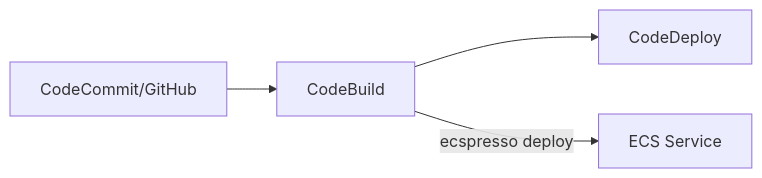
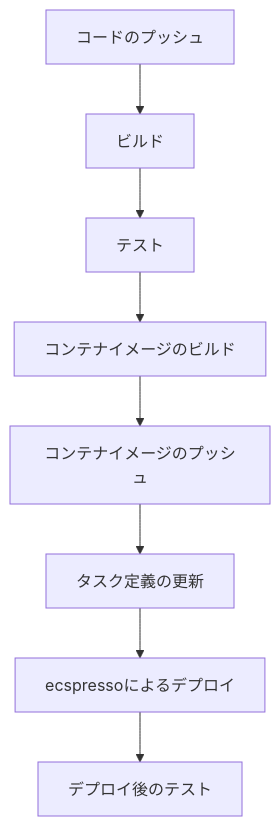
One commit to bufferings/devin-docs changed the diagram in ecspresso/practical/cicd.md. Above: the diagram before and after it, drawn with Mermaid. The commit also changed other lines of this file and 32 other files, not shown here.

````diff
--- a/ecspresso/practical/cicd.md
+++ b/ecspresso/practical/cicd.md
@@ -93,6 +16,10 @@
 ```mermaid
-graph LR
-    A[CodeCommit/GitHub] --> B[CodeBuild]
-    B --> C[CodeDeploy]
-    B -- ecspresso deploy --> D[ECS Service]
+graph TD
+    A[コードのプッシュ] --> B[ビルド]
+    B --> C[テスト]
+    C --> D[コンテナイメージのビルド]
+    D --> E[コンテナイメージのプッシュ]
+    E --> F[タスク定義の更新]
+    F --> G[ecspressoによるデプロイ]
+    G --> H[デプロイ後のテスト]
 ```
````
